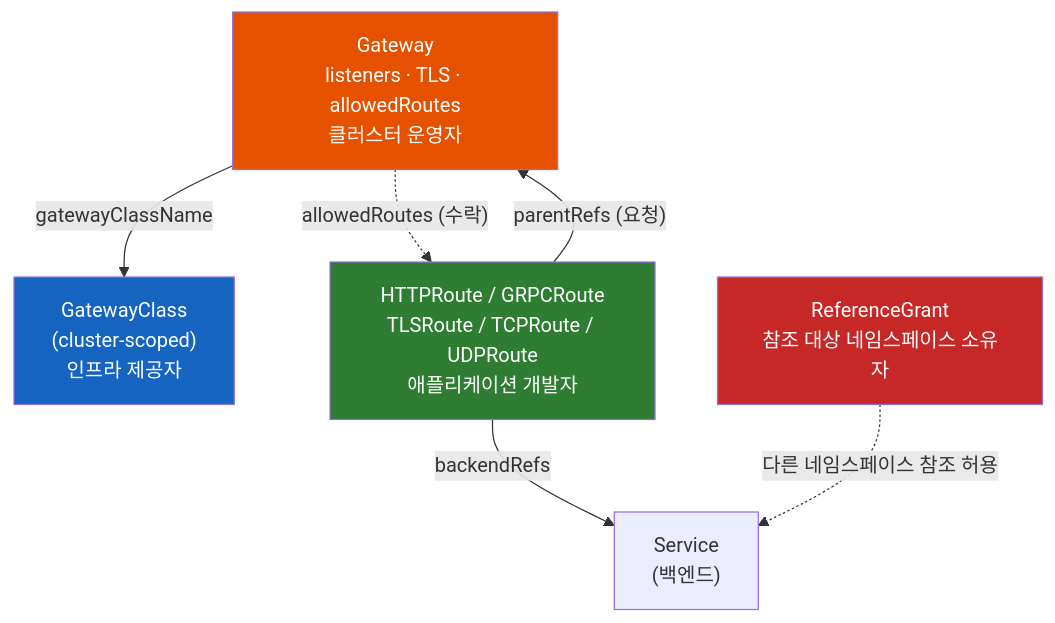
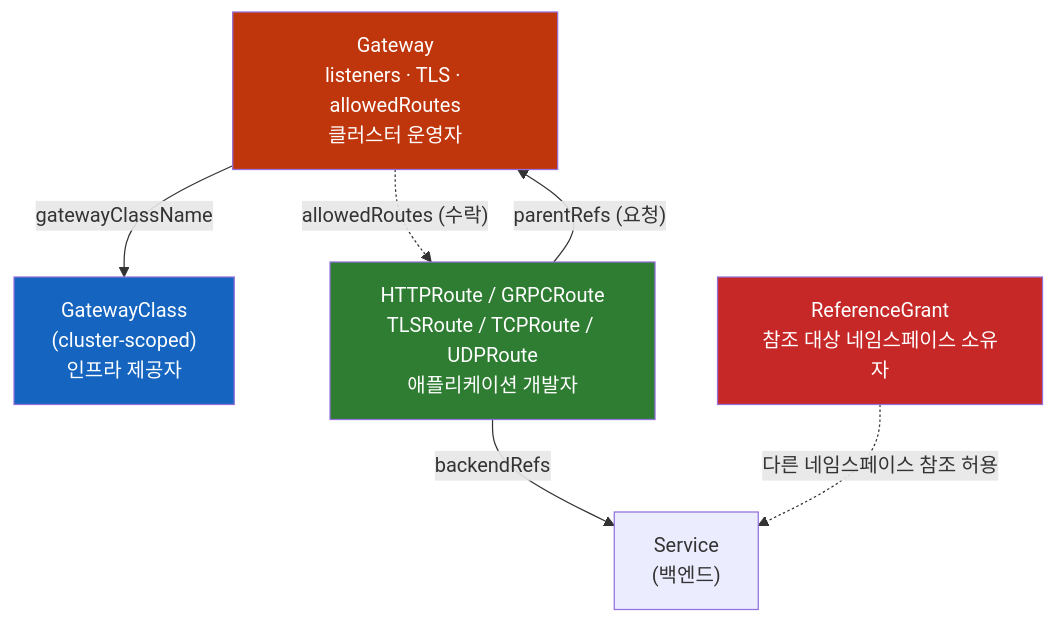
Before and after one commit to sskim91/TIL: the first of 2 diagrams in kubernetes/Kubernetes-Gateway-API.md, drawn with Mermaid. The commit also changed other lines of this file and 39 other files, not shown here.

````diff
--- a/kubernetes/Kubernetes-Gateway-API.md
+++ b/kubernetes/Kubernetes-Gateway-API.md
@@ -13,19 +15,19 @@
 ```mermaid
 flowchart TB
     GC["GatewayClass<br>(cluster-scoped)<br>인프라 제공자"]
     GW["Gateway<br>listeners · TLS · allowedRoutes<br>클러스터 운영자"]
     HR["HTTPRoute / GRPCRoute<br>TLSRoute / TCPRoute / UDPRoute<br>애플리케이션 개발자"]
     SVC["Service<br>(백엔드)"]
     RG["ReferenceGrant<br>참조 대상 네임스페이스 소유자"]
 
     GW -->|gatewayClassName| GC
     HR -->|"parentRefs (요청)"| GW
     GW -.->|"allowedRoutes (수락)"| HR
     HR -->|backendRefs| SVC
     RG -.->|"다른 네임스페이스 참조 허용"| SVC
 
     style GC fill:#1565C0,color:#fff
-    style GW fill:#E65100,color:#fff
+    style GW fill:#BF360C,color:#fff
     style HR fill:#2E7D32,color:#fff
     style RG fill:#C62828,color:#fff
 ```
````
